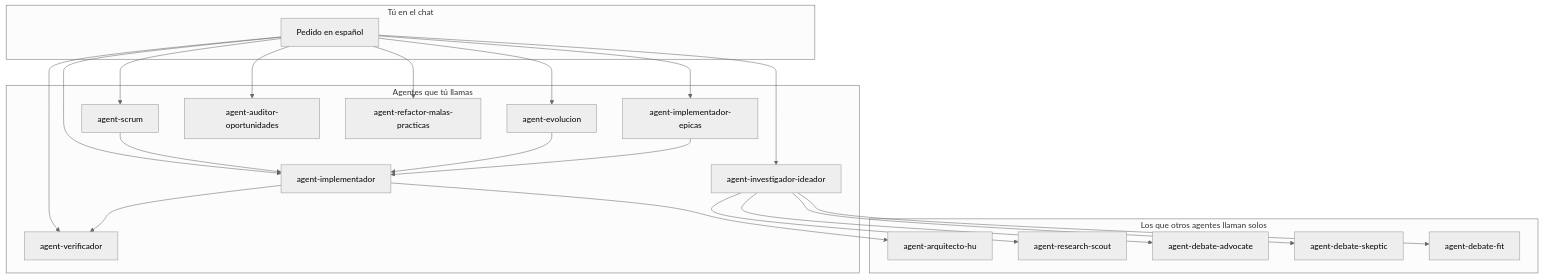
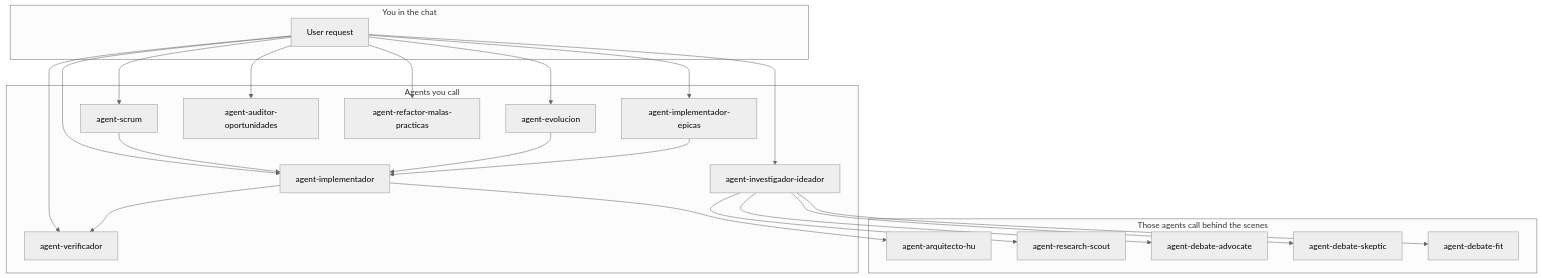
Before and after one commit to dguzmano96/scrum-dev-agents: the diagram in README.md, drawn with Mermaid (neutral theme). The commit also changed other lines of this file and 45 other files, not shown here.

````diff
--- a/README.md
+++ b/README.md
@@ -31,33 +110,33 @@
 ```mermaid
 flowchart TB
-    subgraph tu["Tú en el chat"]
-        U[Pedido en español]
+    subgraph tu["You in the chat"]
+        U[User request]
     end
 
-    subgraph llamas["Agentes que tú llamas"]
+    subgraph llamas["Agents you call"]
         scrum[agent-scrum]
         evo[agent-evolucion]
         ide[agent-investigador-ideador]
         impl[agent-implementador]
         epi[agent-implementador-epicas]
         ver[agent-verificador]
         aud[agent-auditor-oportunidades]
         ref[agent-refactor-malas-practicas]
     end
 
-    subgraph detras["Los que otros agentes llaman solos"]
+    subgraph detras["Those agents call behind the scenes"]
         arq[agent-arquitecto-hu]
         scout[agent-research-scout]
         adv[agent-debate-advocate]
         ske[agent-debate-skeptic]
         fit[agent-debate-fit]
     end
 
     U --> scrum & evo & ide & impl & epi & ver & aud & ref
     scrum --> impl
     evo --> impl
     ide --> scout & adv & ske & fit
     epi --> impl
     impl --> arq
     impl --> ver
 ```
````
